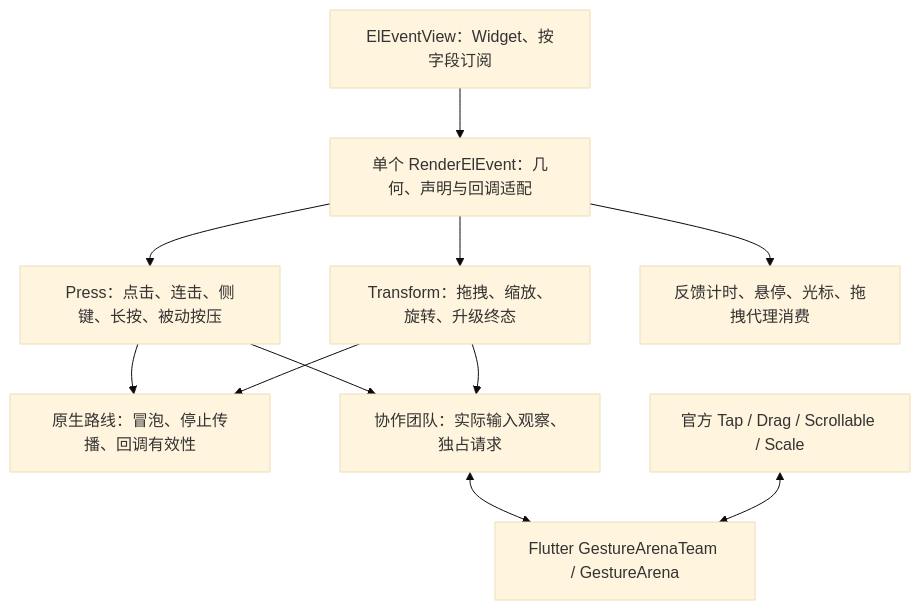
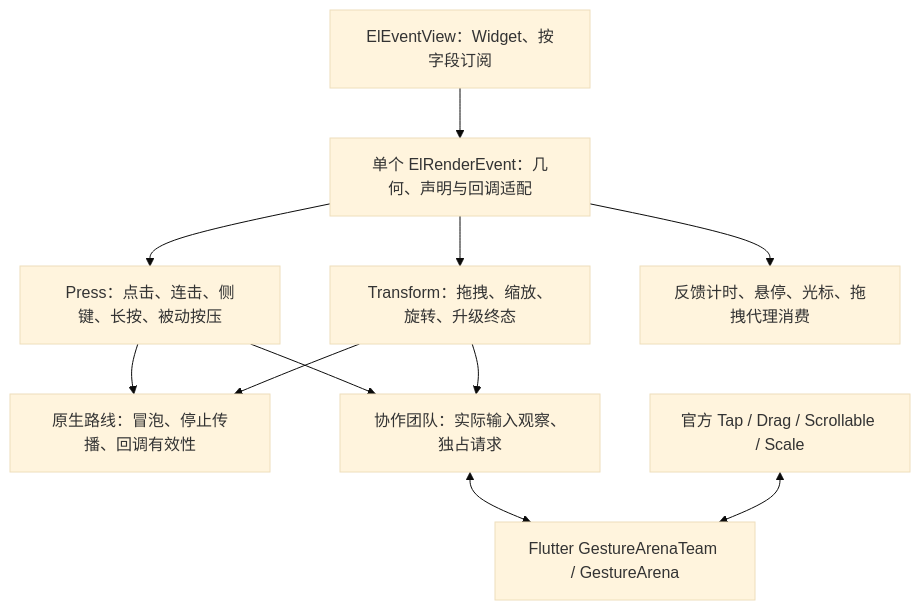
The diagram in .claude/plan/eleventview-recognizer-refactor.md (luoyi58624/flutter_base), drawn with Mermaid (base theme) before and after one commit. The commit also changed 13 other files, not shown here.

````diff
--- a/.claude/plan/eleventview-recognizer-refactor.md
+++ b/.claude/plan/eleventview-recognizer-refactor.md
@@ -16,13 +16,13 @@
 ```mermaid
 flowchart TB
-  VIEW["ElEventView：Widget、按字段订阅"] --> RENDER["单个 RenderElEvent：几何、声明与回调适配"]
+  VIEW["ElEventView：Widget、按字段订阅"] --> RENDER["单个 ElRenderEvent：几何、声明与回调适配"]
   RENDER --> PRESS["Press：点击、连击、侧键、长按、被动按压"]
   RENDER --> TRANSFORM["Transform：拖拽、缩放、旋转、升级终态"]
   RENDER --> FEEDBACK["反馈计时、悬停、光标、拖拽代理消费"]
   PRESS --> ROUTE["原生路线：冒泡、停止传播、回调有效性"]
   TRANSFORM --> ROUTE
   PRESS --> TEAM["协作团队：实际输入观察、独占请求"]
   TRANSFORM --> TEAM
   TEAM <--> ARENA["Flutter GestureArenaTeam / GestureArena"]
   OFFICIAL["官方 Tap / Drag / Scrollable / Scale"] <--> ARENA
 ```
````
